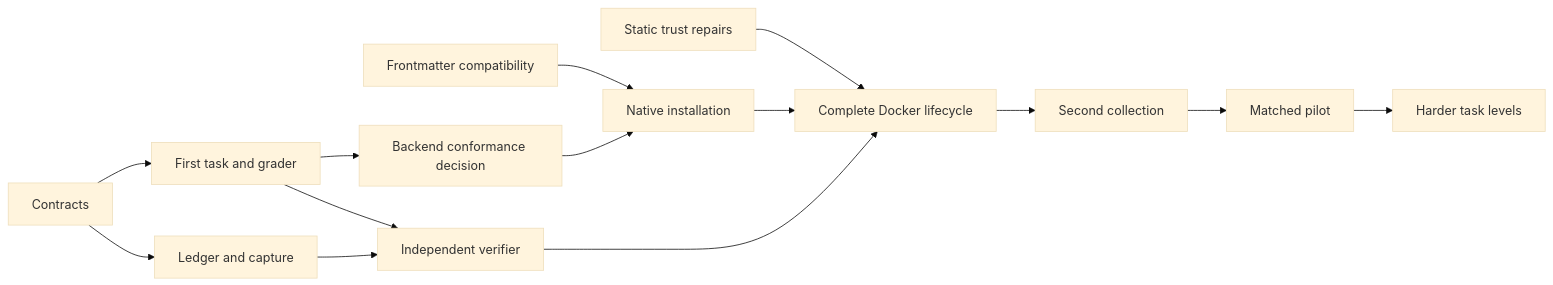
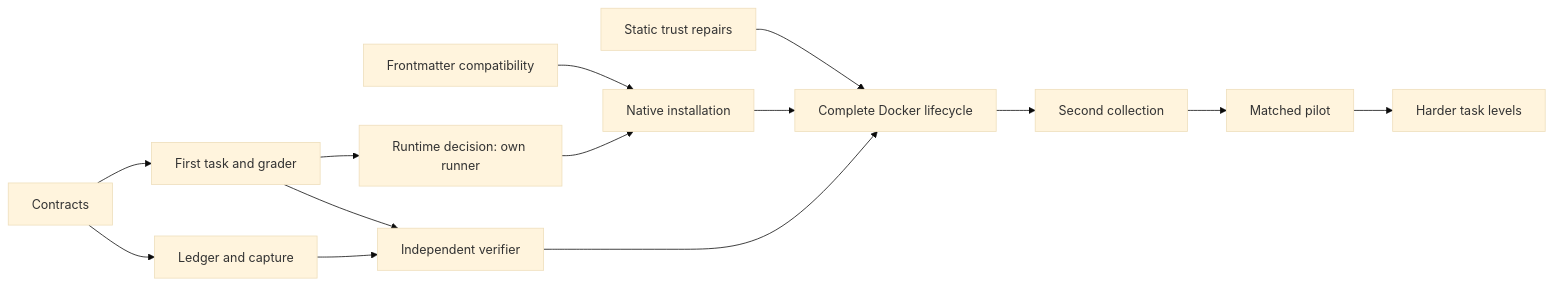
Before and after one commit to cooneycw/skillc: the diagram in PLAN.md, drawn with Mermaid (base theme). The commit also changed other lines of this file and 10 other files, not shown here.

````diff
--- a/PLAN.md
+++ b/PLAN.md
@@ -78,16 +80,16 @@
 ```mermaid
 flowchart LR
     S[Static trust repairs] --> E[Complete Docker lifecycle]
     F[Frontmatter compatibility] --> I[Native installation]
     C[Contracts] --> T[First task and grader]
-    T --> B[Backend conformance decision]
+    T --> B[Runtime decision: own runner]
     C --> L[Ledger and capture]
     T --> V[Independent verifier]
     L --> V
     B --> I
     I --> E
     V --> E
     E --> G[Second collection]
     G --> P[Matched pilot]
     P --> D[Harder task levels]
 ```
````
